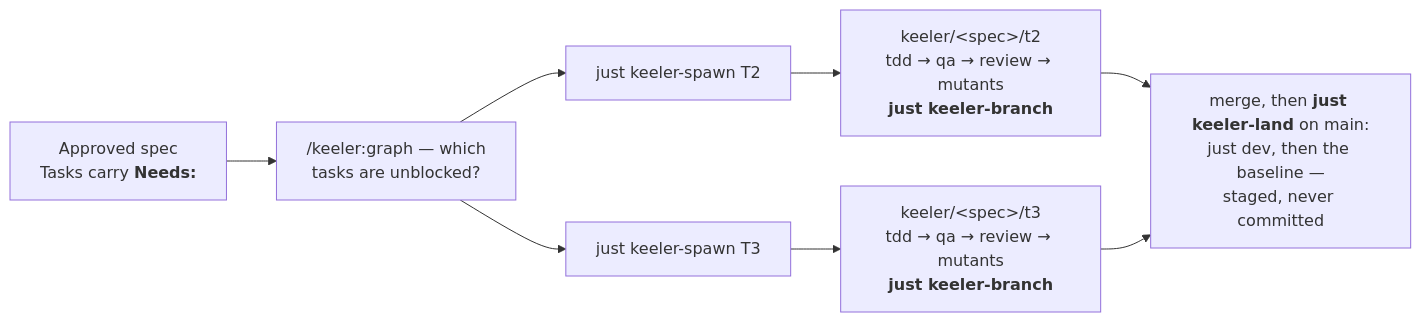
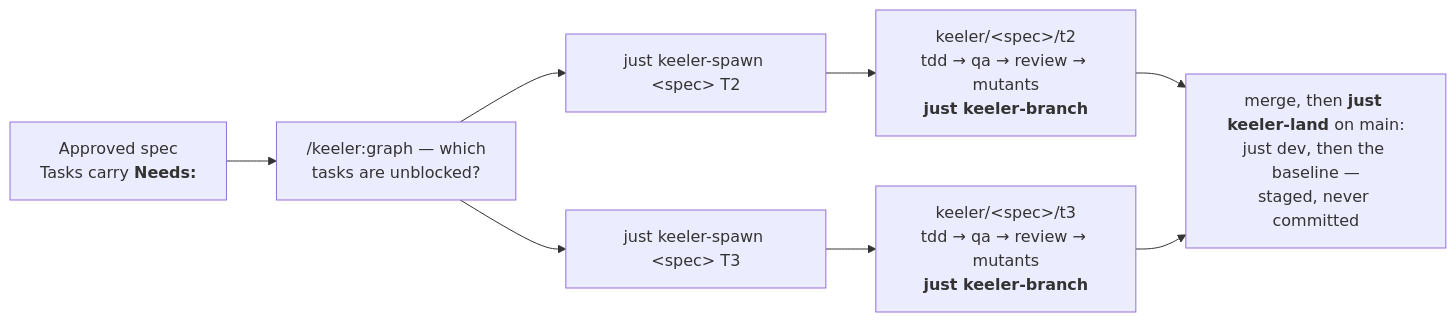
One commit to minikin/keeler changed the third of 3 diagrams in KEELER.md. Above: the diagram before and after it, drawn with Mermaid.

Commit message:
docs(spec-06): mermaid eats a raw <spec>, so escape it like its neighbours

````diff
--- a/KEELER.md
+++ b/KEELER.md
@@ -100,8 +100,8 @@
 ```mermaid
 flowchart LR
     S[Approved spec<br/>Tasks carry <b>Needs:</b>] --> G["/keeler:graph — which<br/>tasks are unblocked?"]
-    G --> SP1["just keeler-spawn <spec> T2"] --> B1["keeler/&lt;spec&gt;/t2<br/>tdd → qa → review → mutants<br/><b>just keeler-branch</b>"]
-    G --> SP2["just keeler-spawn <spec> T3"] --> B2["keeler/&lt;spec&gt;/t3<br/>tdd → qa → review → mutants<br/><b>just keeler-branch</b>"]
+    G --> SP1["just keeler-spawn &lt;spec&gt; T2"] --> B1["keeler/&lt;spec&gt;/t2<br/>tdd → qa → review → mutants<br/><b>just keeler-branch</b>"]
+    G --> SP2["just keeler-spawn &lt;spec&gt; T3"] --> B2["keeler/&lt;spec&gt;/t3<br/>tdd → qa → review → mutants<br/><b>just keeler-branch</b>"]
     B1 --> L["merge, then <b>just keeler-land</b> on main:<br/>just dev, then the baseline —<br/>staged, never committed"]
     B2 --> L
 ```
````
